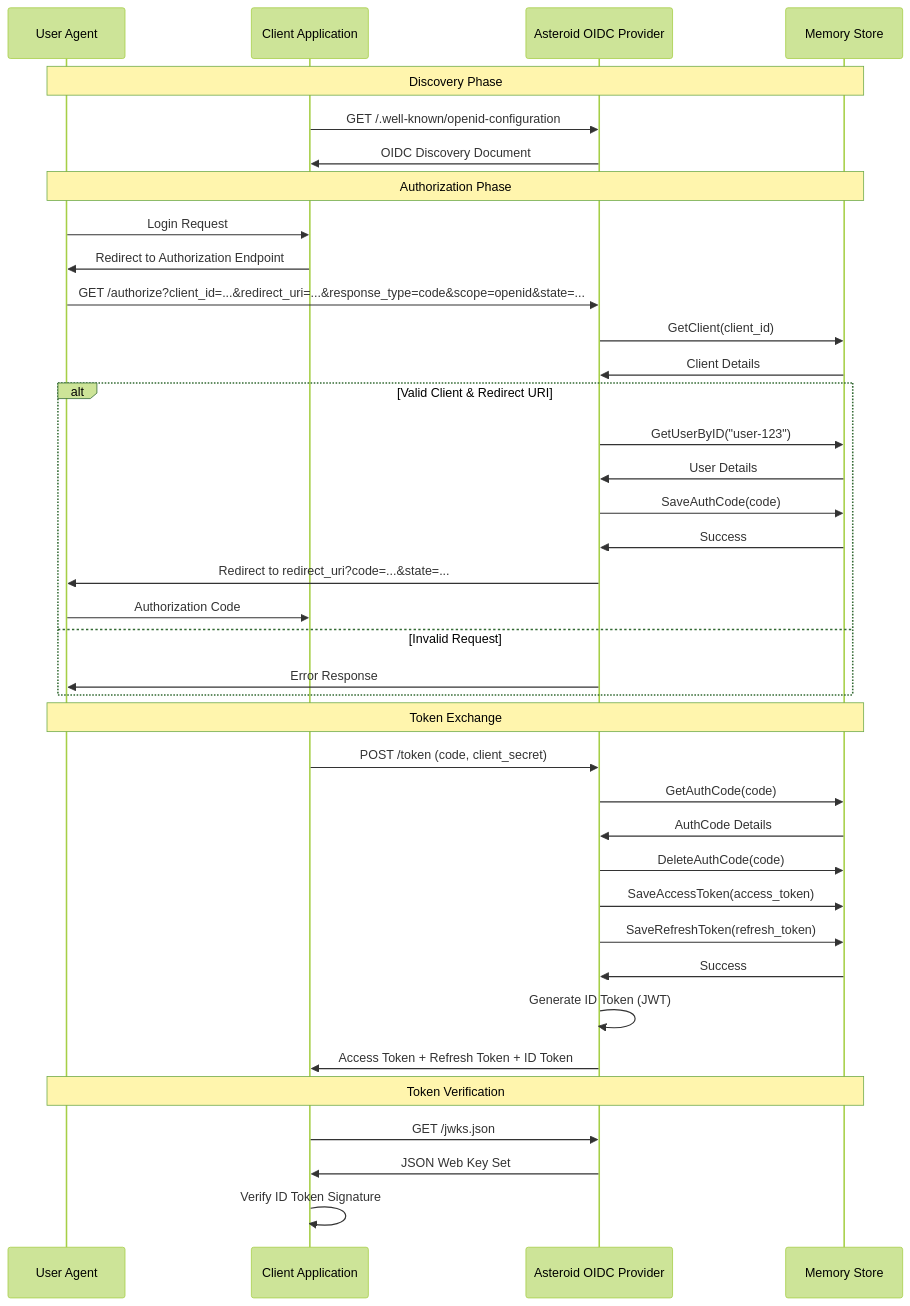
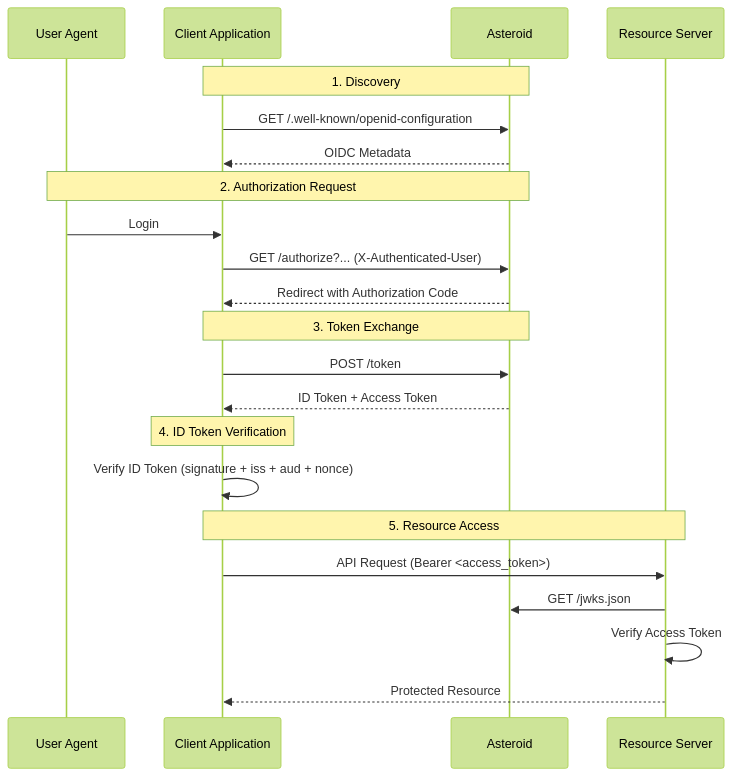
The diagram in docs/architecture.md (keix/asteroid), drawn with Mermaid (forest theme) before and after one commit. The commit also changed other lines of this file and 19 other files, not shown here.

Commit message:
Refactor user store into externalizable userinfo provider

````diff
--- a/docs/architecture.md
+++ b/docs/architecture.md
@@ -78,46 +81,29 @@
 ```mermaid
 sequenceDiagram
     participant User as User Agent
     participant Client as Client Application
-    participant Asteroid as Asteroid OIDC Provider
-    participant Store as Memory Store
+    participant Asteroid as Asteroid
+    participant RS as Resource Server
 
-    Note over User,Store: Discovery Phase
+    Note over Client,Asteroid: 1. Discovery
     Client->>Asteroid: GET /.well-known/openid-configuration
-    Asteroid->>Client: OIDC Discovery Document
+    Asteroid-->>Client: OIDC Metadata
 
-    Note over User,Store: Authorization Phase
-    User->>Client: Login Request
-    Client->>User: Redirect to Authorization Endpoint
-    User->>Asteroid: GET /authorize?client_id=...&redirect_uri=...&response_type=code&scope=openid&state=...
+    Note over User,Asteroid: 2. Authorization Request
+    User->>Client: Login
+    Client->>Asteroid: GET /authorize?... (X-Authenticated-User)
+    Asteroid-->>Client: Redirect with Authorization Code
 
-    Asteroid->>Store: GetClient(client_id)
-    Store->>Asteroid: Client Details
-    
-    alt Valid Client & Redirect URI
-        Asteroid->>Store: GetUserByID("user-123")
-        Store->>Asteroid: User Details
-        Asteroid->>Store: SaveAuthCode(code)
-        Store->>Asteroid: Success
-        Asteroid->>User: Redirect to redirect_uri?code=...&state=...
-        User->>Client: Authorization Code
-    else Invalid Request
-        Asteroid->>User: Error Response
-    end
+    Note over Client,Asteroid: 3. Token Exchange
+    Client->>Asteroid: POST /token
+    Asteroid-->>Client: ID Token + Access Token
 
-    Note over User,Store: Token Exchange
-    Client->>Asteroid: POST /token (code, client_secret)
-    Asteroid->>Store: GetAuthCode(code)
-    Store->>Asteroid: AuthCode Details
-    Asteroid->>Store: DeleteAuthCode(code)
-    Asteroid->>Store: SaveAccessToken(access_token)
-    Asteroid->>Store: SaveRefreshToken(refresh_token)
-    Store->>Asteroid: Success
-    Asteroid->>Asteroid: Generate ID Token (JWT)
-    Asteroid->>Client: Access Token + Refresh Token + ID Token
+    Note over Client: 4. ID Token Verification
+    Client->>Client: Verify ID Token (signature + iss + aud + nonce)
 
-    Note over User,Store: Token Verification
-    Client->>Asteroid: GET /jwks.json
-    Asteroid->>Client: JSON Web Key Set
-    Client->>Client: Verify ID Token Signature
+    Note over Client,RS: 5. Resource Access
+    Client->>RS: API Request (Bearer <access_token>)
+    RS->>Asteroid: GET /jwks.json
+    RS->>RS: Verify Access Token
+    RS-->>Client: Protected Resource
 ```
````
